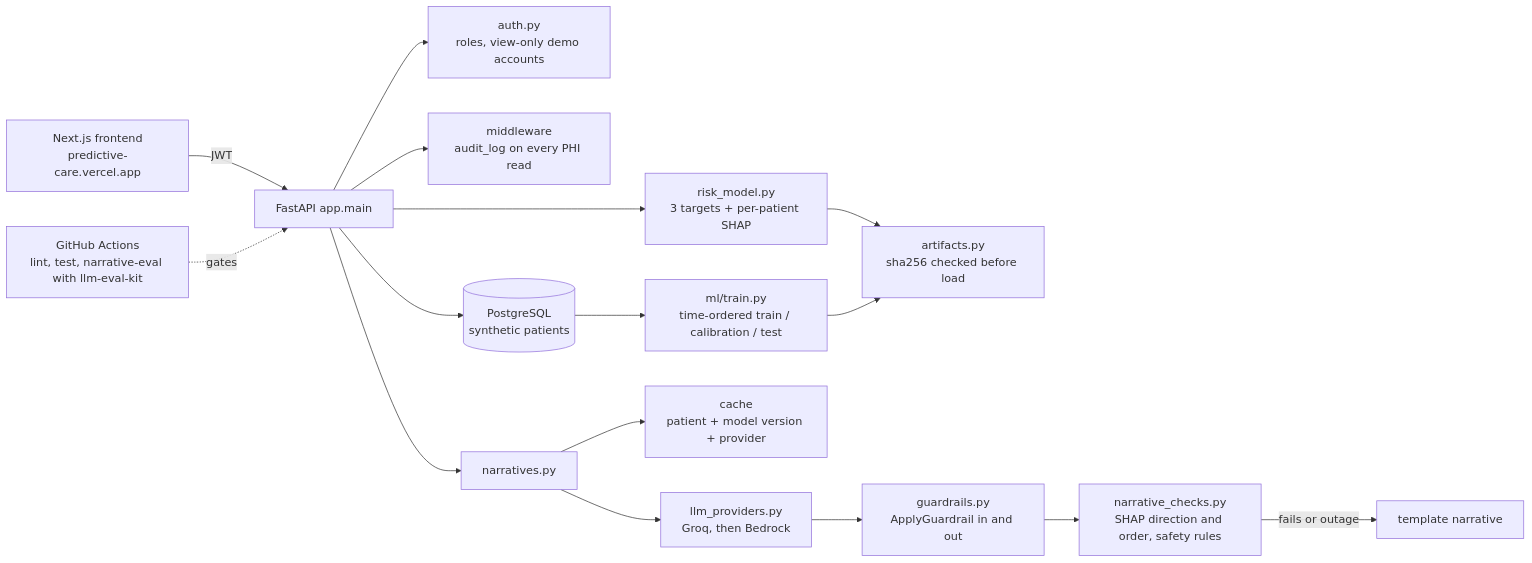
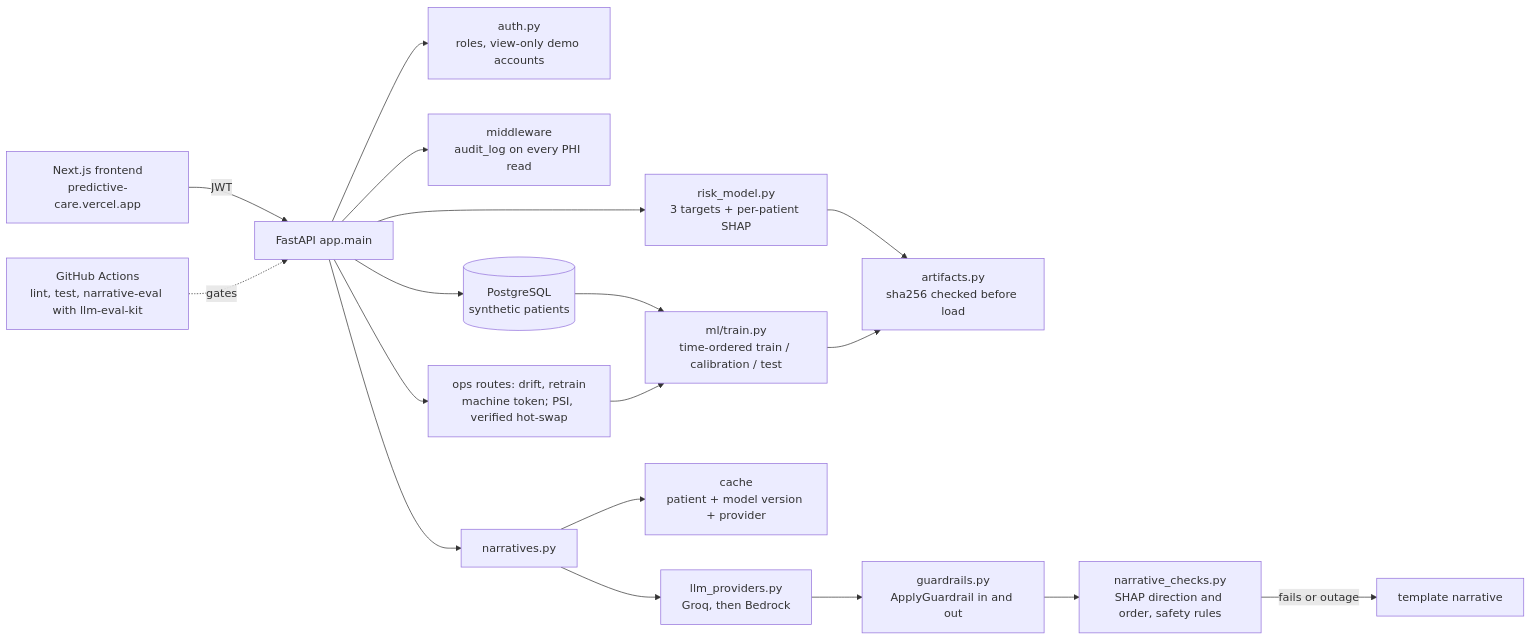
One commit to SushantTusharJoshi/predictive-care changed the diagram in README.md. Above: the diagram before and after it, drawn with Mermaid. The commit also changed other lines of this file and 12 other files, not shown here.

First line of the commit message:
feat: drift monitoring, verified retraining and auto-deploy

````diff
--- a/README.md
+++ b/README.md
@@ -16,18 +16,20 @@
 ```mermaid
 flowchart LR
   UI["Next.js frontend<br/>predictive-care.vercel.app"] -->|JWT| API["FastAPI app.main"]
   API --> AUTH["auth.py<br/>roles, view-only demo accounts"]
   API --> AUDIT["middleware<br/>audit_log on every PHI read"]
   API --> DB[("PostgreSQL<br/>synthetic patients")]
   API --> RISK["risk_model.py<br/>3 targets + per-patient SHAP"]
   RISK --> ART["artifacts.py<br/>sha256 checked before load"]
   TRAIN["ml/train.py<br/>time-ordered train / calibration / test"] --> ART
   DB --> TRAIN
   API --> NAR["narratives.py"]
   NAR --> CACHE["cache<br/>patient + model version + provider"]
   NAR --> PROV["llm_providers.py<br/>Groq, then Bedrock"]
   PROV --> GR["guardrails.py<br/>ApplyGuardrail in and out"]
   GR --> CHK["narrative_checks.py<br/>SHAP direction and order, safety rules"]
   CHK -->|fails or outage| TPL["template narrative"]
   CI["GitHub Actions<br/>lint, test, narrative-eval with llm-eval-kit"] -.gates.-> API
+  API --> OPS["ops routes: drift, retrain<br/>machine token; PSI, verified hot-swap"]
+  OPS --> TRAIN
 ```
````
